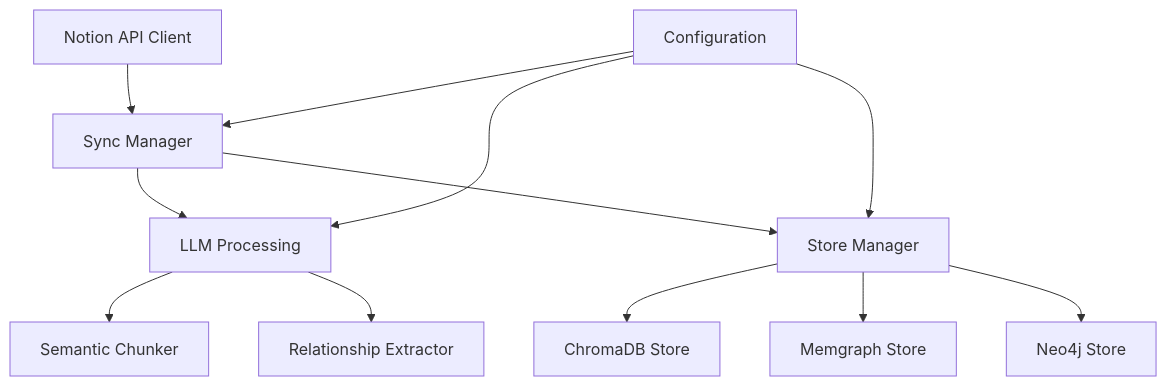
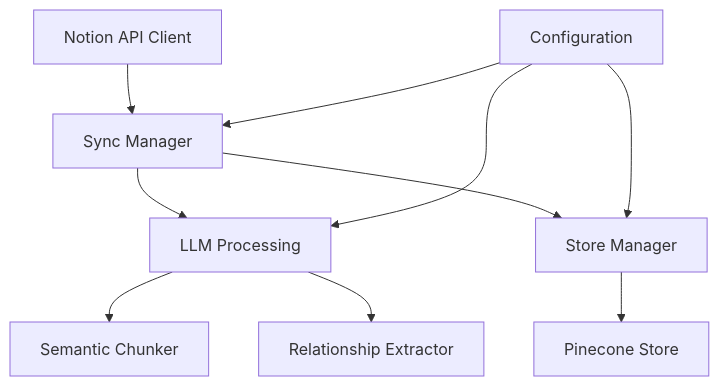
Before and after one commit to timbuchinger/llm-notion-loader: the first of 4 diagrams in memory-bank/systemPatterns.md, drawn with Mermaid. The commit also changed other lines of this file and 20 other files, not shown here.

````diff
--- a/memory-bank/systemPatterns.md
+++ b/memory-bank/systemPatterns.md
@@ -5,18 +5,15 @@
 ```mermaid
 graph TD
     NotionAPI[Notion API Client] --> Sync[Sync Manager]
     
     Sync --> LLM[LLM Processing]
     LLM --> Chunker[Semantic Chunker]
     LLM --> Extractor[Relationship Extractor]
     
     Sync --> StoreManager[Store Manager]
-    
-    StoreManager --> ChromaDB[ChromaDB Store]
-    StoreManager --> Memgraph[Memgraph Store]
-    StoreManager --> Neo4j[Neo4j Store]
+    StoreManager --> Pinecone[Pinecone Store]
     
     Config[Configuration] --> Sync
     Config --> StoreManager
     Config --> LLM
 ```
````
